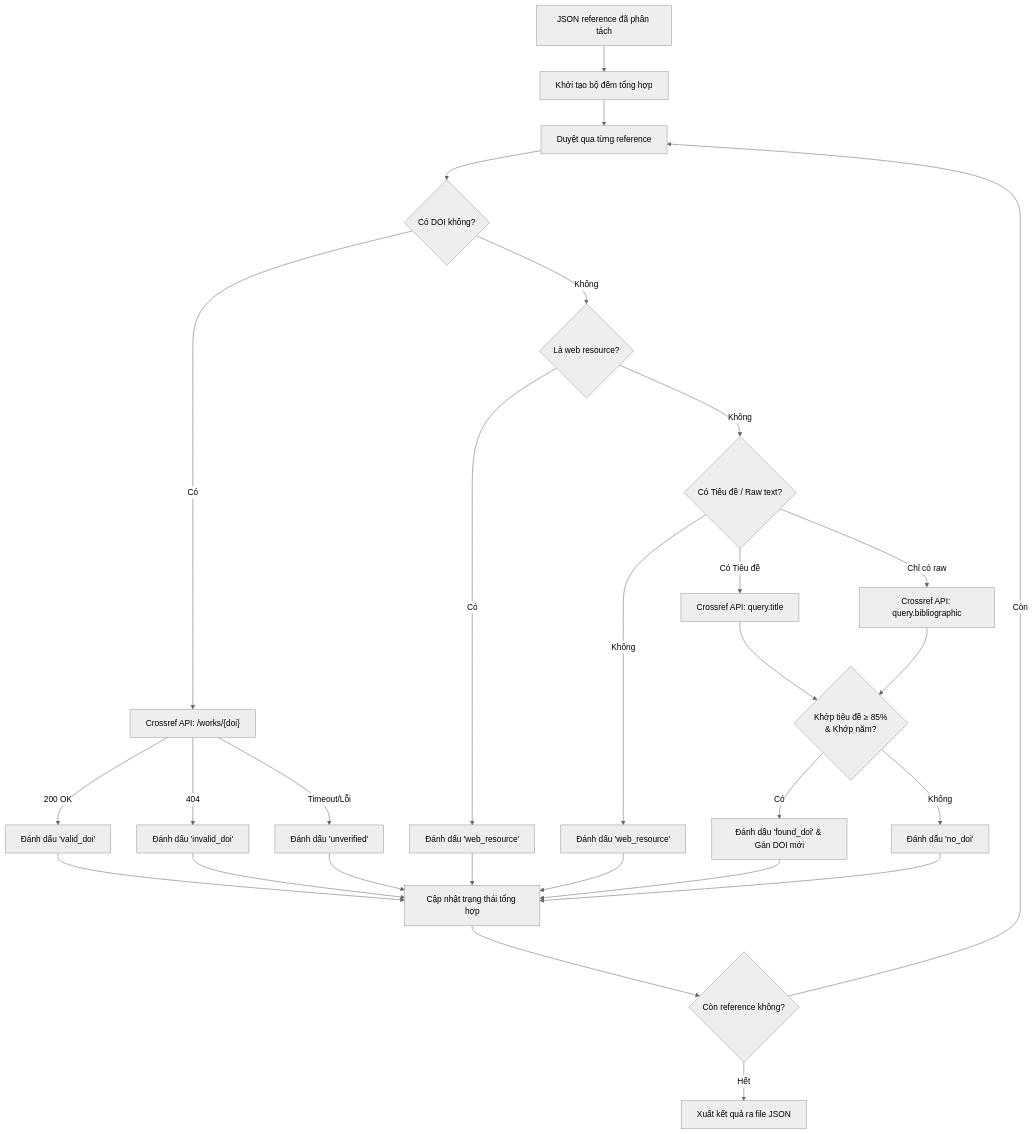
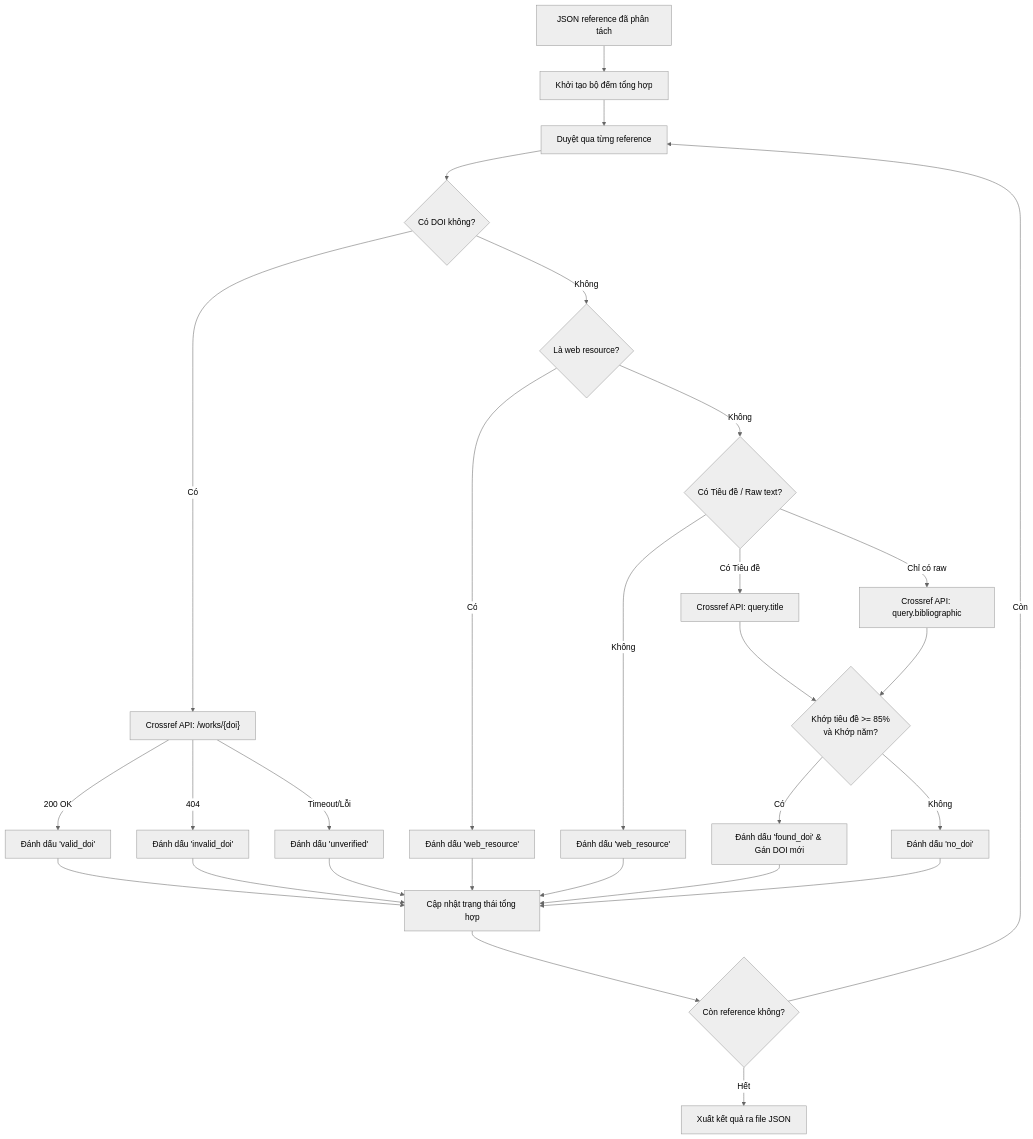
Before and after one commit to Jakiduy1410/DOI_checking: the second of 2 diagrams in README.md, drawn with Mermaid (neutral theme). The commit also changed other lines of this file and 4 other files, not shown here.

````diff
--- a/README.md
+++ b/README.md
@@ -162,36 +223,36 @@
 ```mermaid
 flowchart TD
     A["JSON reference đã phân tách"] --> B["Khởi tạo bộ đếm tổng hợp"]
     B --> C["Duyệt qua từng reference"]
 
     C --> F{Có DOI không?}
     F -- "Có" --> G["Crossref API: /works/{doi}"]
     G -- "200 OK" --> H["Đánh dấu 'valid_doi'"]
     G -- "404" --> I["Đánh dấu 'invalid_doi'"]
     G -- "Timeout/Lỗi" --> I2["Đánh dấu 'unverified'"]
 
     F -- "Không" --> D{Là web resource?}
     D -- "Có" --> E["Đánh dấu 'web_resource'"]
 
     D -- "Không" --> K{Có Tiêu đề / Raw text?}
     K -- "Không" --> L["Đánh dấu 'web_resource'"]
     K -- "Có Tiêu đề" --> M["Crossref API: query.title"]
     K -- "Chỉ có raw" --> M2["Crossref API: query.bibliographic"]
 
-    M --> N{"Khớp tiêu đề ≥ 85%\n& Khớp năm?"}
+    M --> N{"Khớp tiêu đề >= 85%<br/>và Khớp năm?"}
     M2 --> N
     N -- "Có" --> O["Đánh dấu 'found_doi' & Gán DOI mới"]
     N -- "Không" --> P["Đánh dấu 'no_doi'"]
 
     E --> Q["Cập nhật trạng thái tổng hợp"]
     H --> Q
     I --> Q
     I2 --> Q
     L --> Q
     O --> Q
     P --> Q
 
     Q --> R{Còn reference không?}
     R -- "Còn" --> C
     R -- "Hết" --> S["Xuất kết quả ra file JSON"]
 ```
````
